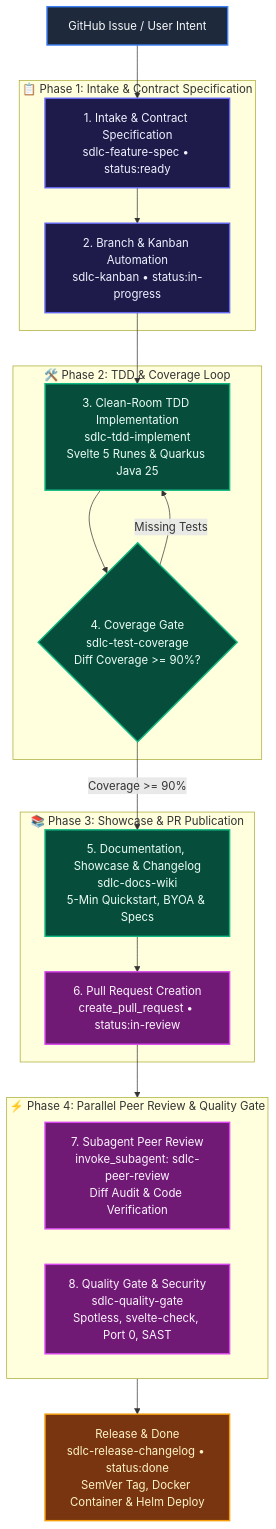
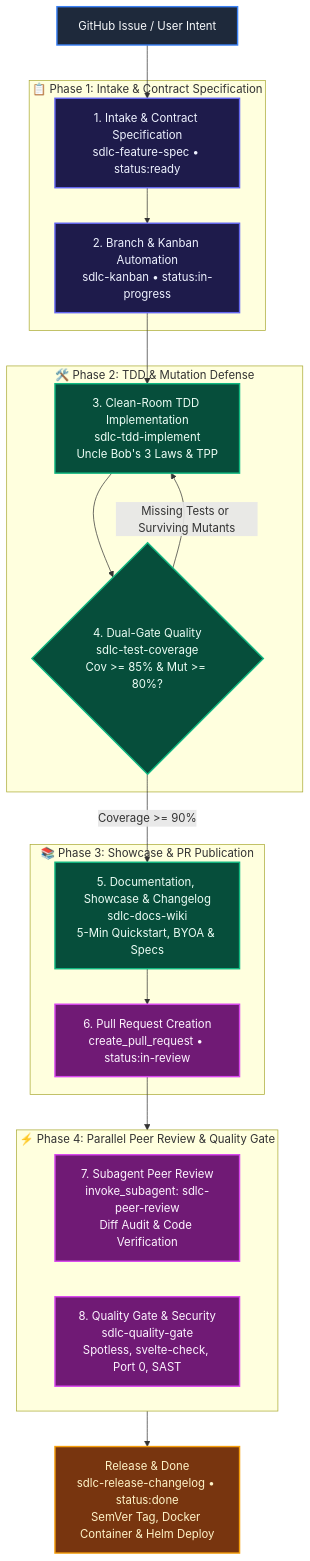
The first of 3 diagrams in wiki/Architecture.md (fmatar/sealit), drawn with Mermaid before and after one commit. The commit also changed other lines of this file and 26 other files, not shown here.

Commit message:
feat: universal stack discovery engine, Uncle Bob test suite, and 100% traceability architecture

````diff
--- a/wiki/Architecture.md
+++ b/wiki/Architecture.md
@@ -9,44 +9,44 @@
 ```mermaid
 flowchart TD
     classDef startNode fill:#1E293B,stroke:#3B82F6,stroke-width:2px,color:#F8FAFC
     classDef intakeNode fill:#1E1B4B,stroke:#6366F1,stroke-width:2px,color:#EEF2FF
     classDef devNode fill:#064E3B,stroke:#10B981,stroke-width:2px,color:#ECFDF5
     classDef reviewNode fill:#701A75,stroke:#D946EF,stroke-width:2px,color:#FDF4FF
     classDef releaseNode fill:#78350F,stroke:#F59E0B,stroke-width:2px,color:#FEF3C7
 
     Issue["GitHub Issue / User Intent"]:::startNode --> S1
 
     subgraph IntakePhase ["📋 Phase 1: Intake & Contract Specification"]
         S1["1. Intake & Contract Specification<br/>sdlc-feature-spec • status:ready"]:::intakeNode
         S2["2. Branch & Kanban Automation<br/>sdlc-kanban • status:in-progress"]:::intakeNode
         S1 --> S2
     end
 
-    subgraph EngineeringPhase ["🛠️ Phase 2: TDD & Coverage Loop"]
-        S3["3. Clean-Room TDD Implementation<br/>sdlc-tdd-implement<br/>Svelte 5 Runes & Quarkus Java 25"]:::devNode
-        S4{"4. Coverage Gate<br/>sdlc-test-coverage<br/>Diff Coverage >= 90%?"}:::devNode
+    subgraph EngineeringPhase ["🛠️ Phase 2: TDD & Mutation Defense"]
+        S3["3. Clean-Room TDD Implementation<br/>sdlc-tdd-implement<br/>Uncle Bob's 3 Laws & TPP"]:::devNode
+        S4{"4. Dual-Gate Quality<br/>sdlc-test-coverage<br/>Cov >= 85% & Mut >= 80%?"}:::devNode
         S3 --> S4
-        S4 -- "Missing Tests" --> S3
+        S4 -- "Missing Tests or Surviving Mutants" --> S3
     end
 
     S2 --> S3
 
     subgraph ShowcasePhase ["📚 Phase 3: Showcase & PR Publication"]
         S5["5. Documentation, Showcase & Changelog<br/>sdlc-docs-wiki<br/>5-Min Quickstart, BYOA & Specs"]:::devNode
         S6["6. Pull Request Creation<br/>create_pull_request • status:in-review"]:::reviewNode
         S5 --> S6
     end
 
     S4 -- "Coverage >= 90%" --> S5
 
     subgraph ReviewPhase ["⚡ Phase 4: Parallel Peer Review & Quality Gate"]
         direction LR
         S7["7. Subagent Peer Review<br/>invoke_subagent: sdlc-peer-review<br/>Diff Audit & Code Verification"]:::reviewNode
         S8["8. Quality Gate & Security<br/>sdlc-quality-gate<br/>Spotless, svelte-check, Port 0, SAST"]:::reviewNode
     end
 
     S6 --> ReviewPhase
 
     Done["Release & Done<br/>sdlc-release-changelog • status:done<br/>SemVer Tag, Docker Container & Helm Deploy"]:::releaseNode
     ReviewPhase --> Done
 ```
````
